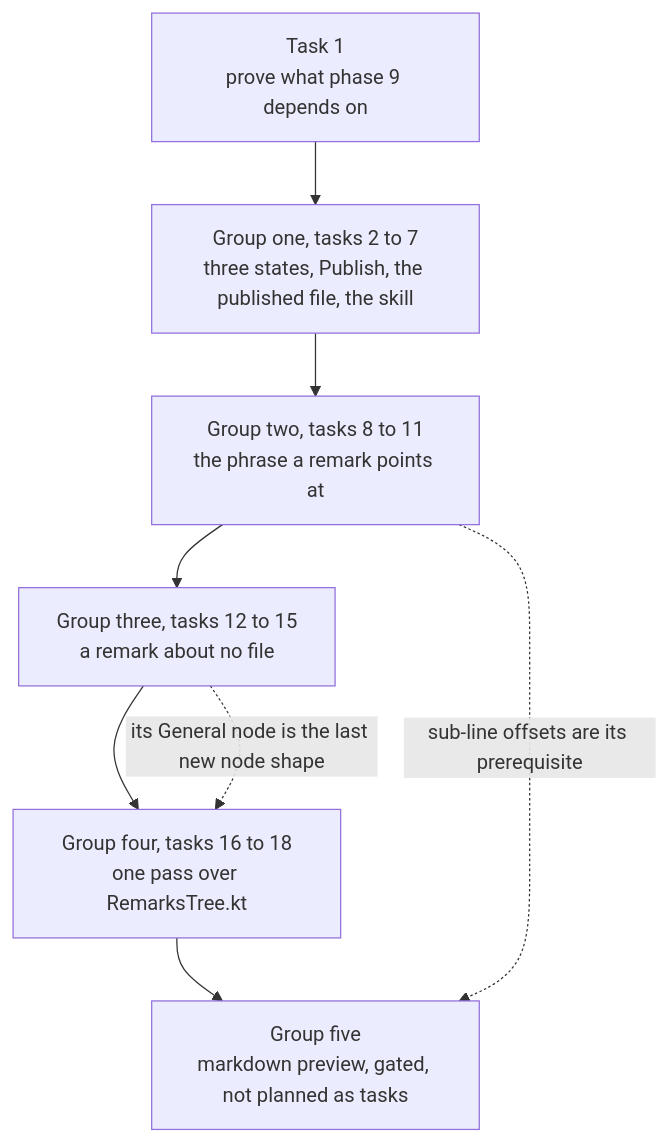
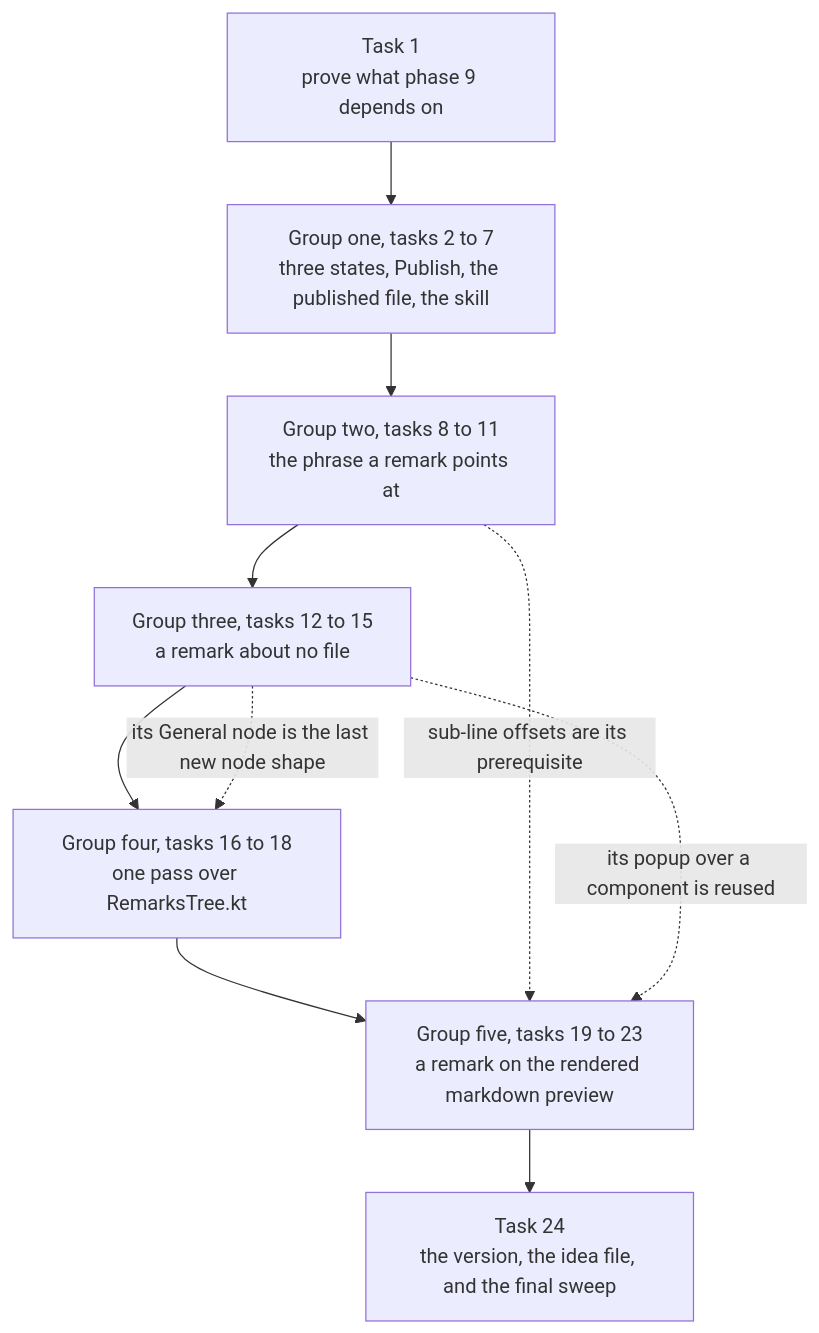
One commit to p4elkin/claude-remarks changed the second of 2 diagrams in docs/plans/20260803-claude-remarks-phase9.md. Above: the diagram before and after it, drawn with Mermaid. The commit also changed other lines of this file, not shown here.

````diff
--- a/docs/plans/20260803-claude-remarks-phase9.md
+++ b/docs/plans/20260803-claude-remarks-phase9.md
@@ -291,11 +297,13 @@
 ```mermaid
 flowchart TD
     T1[Task 1<br/>prove what phase 9 depends on] --> G1
     G1[Group one, tasks 2 to 7<br/>three states, Publish, the published file, the skill] --> G2
     G2[Group two, tasks 8 to 11<br/>the phrase a remark points at] --> G3
     G3[Group three, tasks 12 to 15<br/>a remark about no file] --> G4
     G4[Group four, tasks 16 to 18<br/>one pass over RemarksTree.kt] --> G5
-    G5[Group five<br/>markdown preview, gated, not planned as tasks]
+    G5[Group five, tasks 19 to 23<br/>a remark on the rendered markdown preview] --> T24
+    T24[Task 24<br/>the version, the idea file, and the final sweep]
     G2 -. sub-line offsets are its prerequisite .-> G5
+    G3 -. its popup over a component is reused .-> G5
     G3 -. its General node is the last new node shape .-> G4
 ```
````
